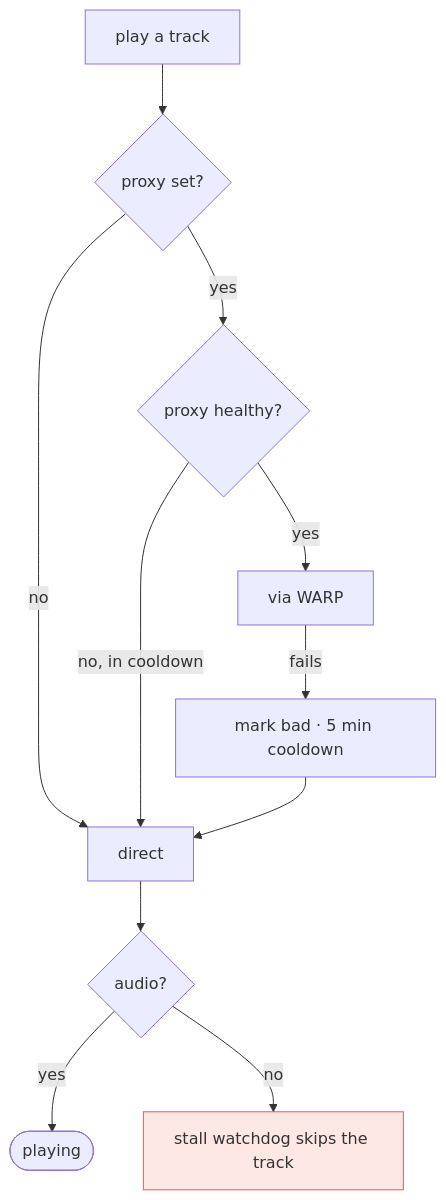
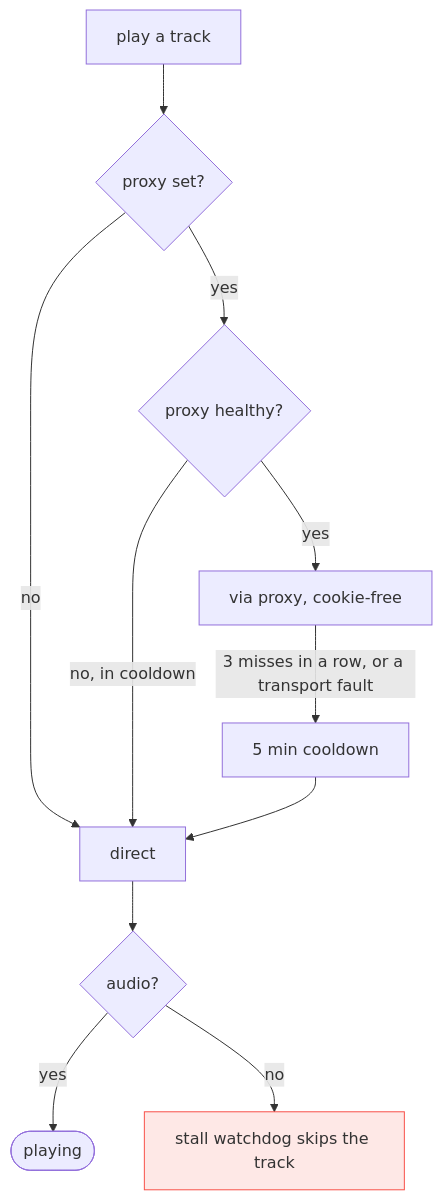
The third of 3 diagrams in docs/ARCHITECTURE.md (alessandro54/dc-music), drawn with Mermaid before and after one commit. The commit also changed other lines of this file and 3 other files, not shown here.

````diff
--- a/docs/ARCHITECTURE.md
+++ b/docs/ARCHITECTURE.md
@@ -135,15 +136,15 @@
 ```mermaid
 flowchart TD
     A[play a track] --> B{proxy set?}
     B -->|no| D[direct]
     B -->|yes| C{proxy healthy?}
     C -->|no, in cooldown| D
-    C -->|yes| E[via WARP]
-    E -->|fails| F[mark bad · 5 min cooldown] --> D
+    C -->|yes| E[via proxy, cookie-free]
+    E -->|3 misses in a row, or a transport fault| F[5 min cooldown] --> D
     D --> G{audio?}
     G -->|yes| H([playing])
     G -->|no| I[stall watchdog skips the track]
 
     classDef bad fill:#f8514922,stroke:#f85149
     class I bad
 ```
````
